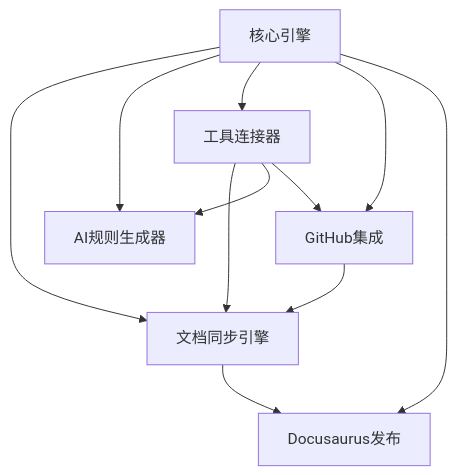
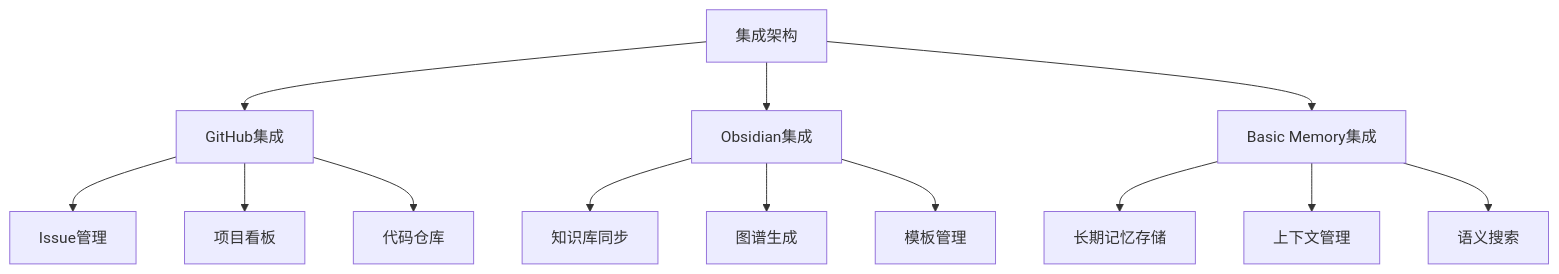
One commit to jacobcy/VibeCopilot changed the third of 3 diagrams in docs/dev/architecture/8_project_structure.md. Above: the diagram before and after it, drawn with Mermaid. The commit also changed other lines of this file and 63 other files, not shown here.

````diff
--- a/docs/dev/architecture/8_project_structure.md
+++ b/docs/dev/architecture/8_project_structure.md
@@ -184,15 +128,18 @@
 ```mermaid
 graph TD
-    Core[核心引擎] --> DocSync[文档同步引擎]
-    Core --> AIRules[AI规则生成器]
-    Core --> ToolConn[工具连接器]
-    Core --> GitHub[GitHub集成]
-    Core --> Docusaurus[Docusaurus发布]
+    A[集成架构] --> B[GitHub集成]
+    A --> C[Obsidian集成]
+    A --> D[Basic Memory集成]
 
-    ToolConn --> DocSync
-    ToolConn --> AIRules
-    ToolConn --> GitHub
+    B --> B1[Issue管理]
+    B --> B2[项目看板]
+    B --> B3[代码仓库]
 
-    DocSync --> Docusaurus
-    GitHub --> DocSync
+    C --> C1[知识库同步]
+    C --> C2[图谱生成]
+    C --> C3[模板管理]
+
+    D --> D1[长期记忆存储]
+    D --> D2[上下文管理]
+    D --> D3[语义搜索]
 ```
````
